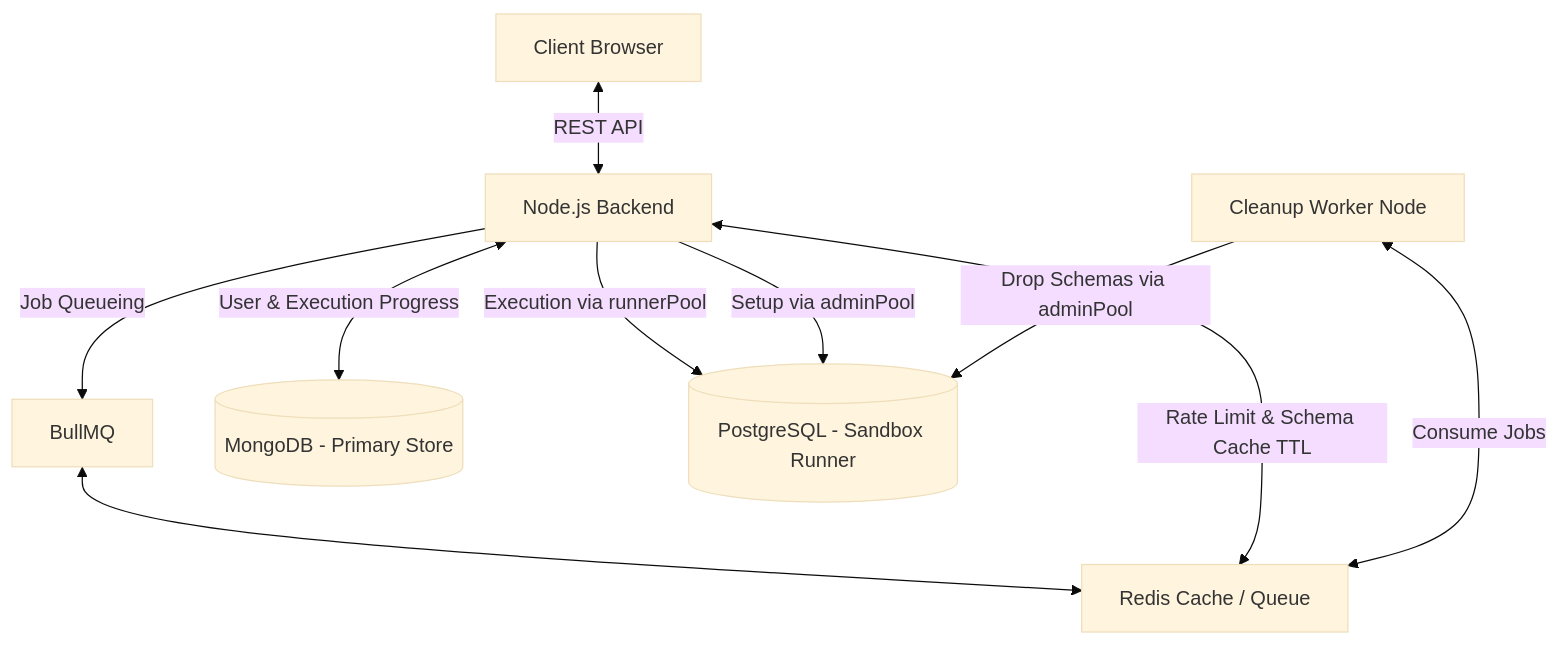
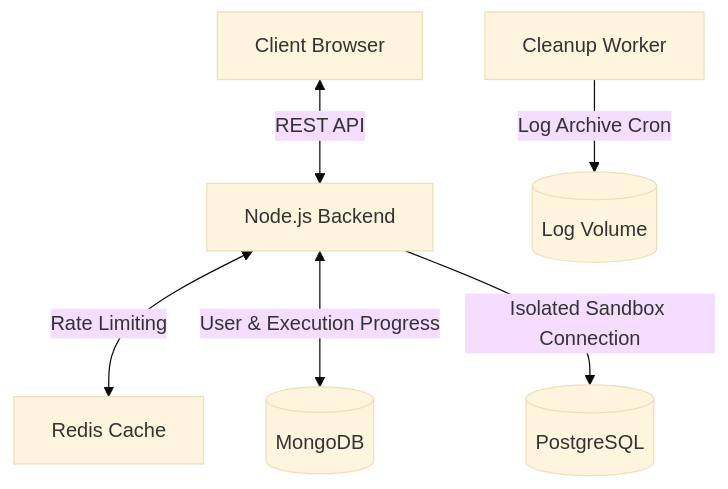
One commit to AyusGup/sql-web-editor changed the first of 2 diagrams in README.md. Above: the diagram before and after it, drawn with Mermaid (base theme). The commit also changed other lines of this file and 2 other files, not shown here.

````diff
--- a/README.md
+++ b/README.md
@@ -155,16 +43,11 @@
 ```mermaid
 graph TD
     Client[Client Browser] <-->|REST API| Backend[Node.js Backend]
     
-    Backend -->|Job Queueing| BullMQ[BullMQ]
-    BullMQ <--> Redis[Redis Cache / Queue]
+    Backend <-->|Rate Limiting| Redis[Redis Cache]
+    Backend <-->|User & Execution Progress| MongoDB[(MongoDB)]
     
-    Backend <-->|Rate Limit & Schema Cache TTL| Redis
-    Backend <-->|User & Execution Progress| MongoDB[(MongoDB - Primary Store)]
+    Backend -->|Isolated Sandbox Connection| Postgres[(PostgreSQL)]
     
-    Backend -->|Execution via runnerPool| Postgres[(PostgreSQL - Sandbox Runner)]
-    Backend -->|Setup via adminPool| Postgres
-    
-    Worker[Cleanup Worker Node] <-->|Consume Jobs| Redis
-    Worker -->|Drop Schemas via adminPool| Postgres
+    Worker[Cleanup Worker] -->|Log Archive Cron| SharedLogs[(Log Volume)]
 ```
````
